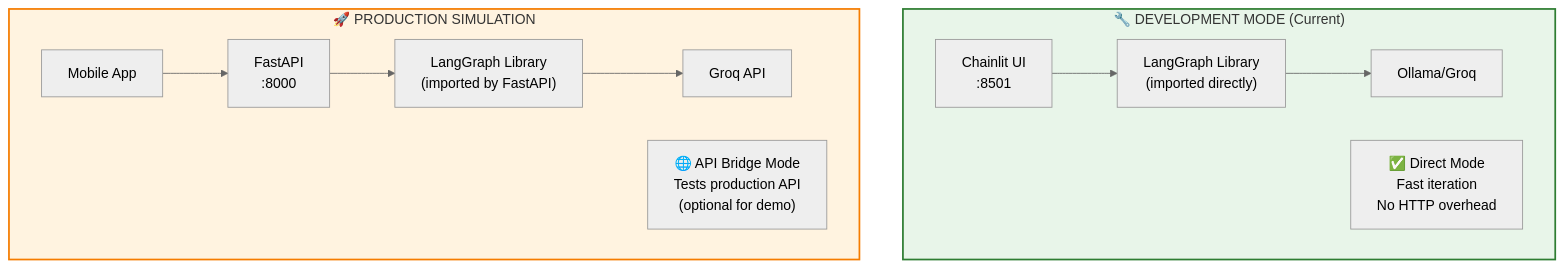
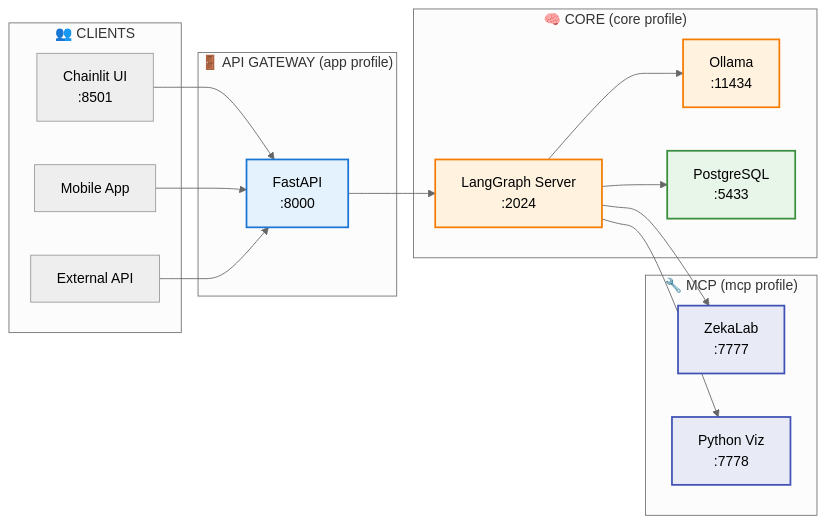
One commit to Px8Studio/yonja changed the third of 7 diagrams in docs/zekalab/03-ARCHITECTURE.md. Above: the diagram before and after it, drawn with Mermaid. The commit also changed other lines of this file and 18 other files, not shown here.

````diff
--- a/docs/zekalab/03-ARCHITECTURE.md
+++ b/docs/zekalab/03-ARCHITECTURE.md
@@ -192,30 +222,40 @@
 ```mermaid
 %%{init: {'theme': 'neutral'}}%%
-flowchart TB
-    subgraph dev["🔧 DEVELOPMENT MODE (Current)"]
-        chainlit1["Chainlit UI<br/>:8501"]
-        langgraph_lib1["LangGraph Library<br/>(imported directly)"]
-        llm1["Ollama/Groq"]
-
-        chainlit1 --> langgraph_lib1
-        langgraph_lib1 --> llm1
-
-        note1["✅ Direct Mode<br/>Fast iteration<br/>No HTTP overhead"]
+flowchart LR
+    subgraph clients["👥 CLIENTS"]
+        chainlit["Chainlit UI<br/>:8501"]
+        mobile["Mobile App"]
+        external["External API"]
     end
 
-    subgraph prod["🚀 PRODUCTION SIMULATION"]
-        mobile["Mobile App"]
+    subgraph gateway["🚪 API GATEWAY (app profile)"]
         fastapi["FastAPI<br/>:8000"]
-        langgraph_lib2["LangGraph Library<br/>(imported by FastAPI)"]
-        llm2["Groq API"]
-
-        mobile --> fastapi
-        fastapi --> langgraph_lib2
-        langgraph_lib2 --> llm2
-
-        note2["🌐 API Bridge Mode<br/>Tests production API<br/>(optional for demo)"]
     end
 
-    style dev fill:#e8f5e9,stroke:#2e7d32,stroke-width:2px
-    style prod fill:#fff3e0,stroke:#f57c00,stroke-width:2px
+    subgraph core["🧠 CORE (core profile)"]
+        langgraph["LangGraph Server<br/>:2024"]
+        ollama["Ollama<br/>:11434"]
+        postgres["PostgreSQL<br/>:5433"]
+    end
+
+    subgraph mcp_layer["🔧 MCP (mcp profile)"]
+        zekalab["ZekaLab<br/>:7777"]
+        pythonviz["Python Viz<br/>:7778"]
+    end
+
+    chainlit --> fastapi
+    mobile --> fastapi
+    external --> fastapi
+    fastapi --> langgraph
+    langgraph --> ollama
+    langgraph --> postgres
+    langgraph --> zekalab
+    langgraph --> pythonviz
+
+    style fastapi fill:#e3f2fd,stroke:#1976d2,stroke-width:2px
+    style langgraph fill:#fff3e0,stroke:#f57c00,stroke-width:2px
+    style ollama fill:#fff3e0,stroke:#f57c00,stroke-width:2px
+    style postgres fill:#e8f5e9,stroke:#388e3c,stroke-width:2px
+    style zekalab fill:#e8eaf6,stroke:#3f51b5,stroke-width:2px
+    style pythonviz fill:#e8eaf6,stroke:#3f51b5,stroke-width:2px
 ```
````
